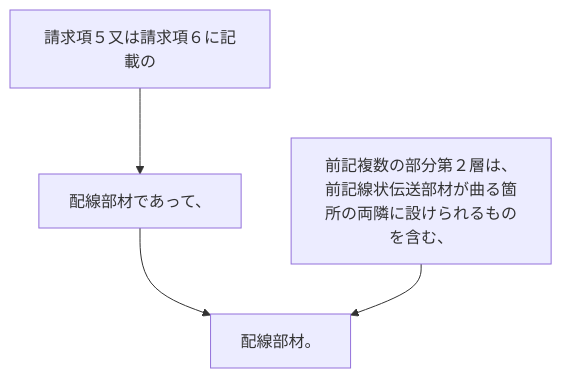
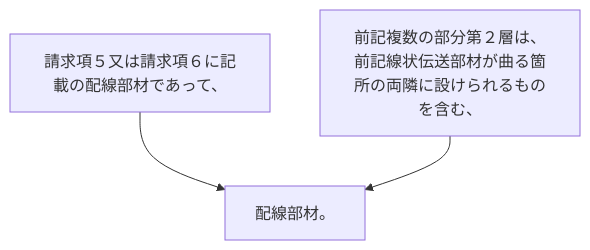
One commit to shinmori55/patent_analyzed changed the diagram in 2024/JP2024001238A/claim_7/claim_7_graph.md. Above: the diagram before and after it, drawn with Mermaid. The commit also changed 3332 other files, not shown here.

````diff
--- a/2024/JP2024001238A/claim_7/claim_7_graph.md
+++ b/2024/JP2024001238A/claim_7/claim_7_graph.md
@@ -1,10 +1,8 @@
 ```mermaid
 flowchart TD
-A[請求項５又は請求項６に記載の]
-B[配線部材であって、]
-C[前記複数の部分第２層は、前記線状伝送部材が曲る箇所の両隣に設けられるものを含む、]
-D[配線部材。]
-A --> B
-B --> D
-C --> D
+A[請求項５又は請求項６に記載の配線部材であって、]
+B[前記複数の部分第２層は、前記線状伝送部材が曲る箇所の両隣に設けられるものを含む、]
+C[配線部材。]
+A --> C
+B --> C
 ```
````
